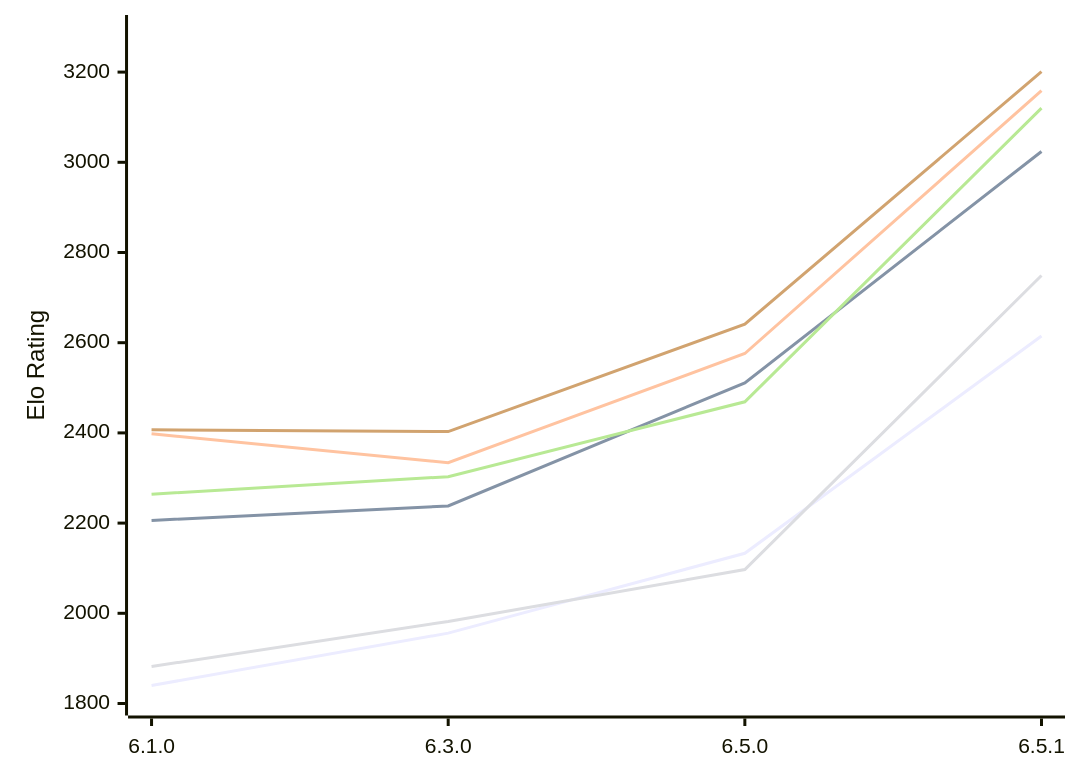
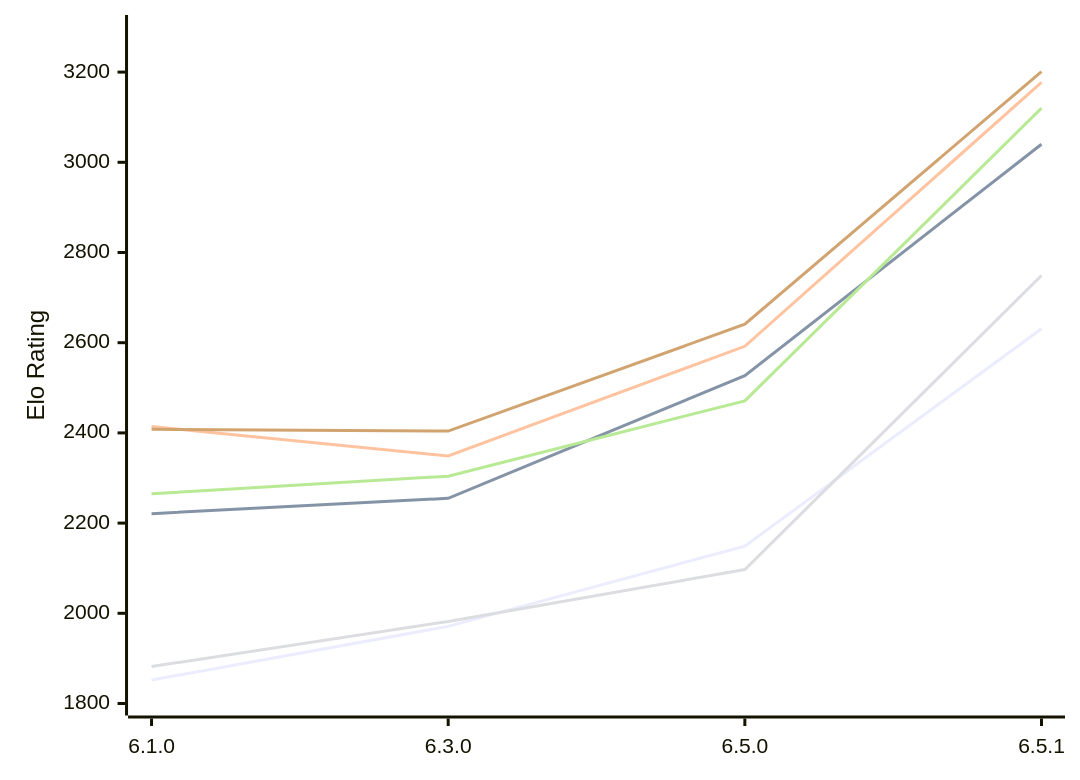
Before and after one commit to computer-chess-index/cci: the diagram in engines/Luminex.md, drawn with Mermaid. The commit also changed other lines of this file, not shown here.

Commit message:
Update CCI Ratings (ELO VLTC) - 2026-11-11

````diff
--- a/engines/Luminex.md
+++ b/engines/Luminex.md
@@ -53,12 +53,12 @@
 ```mermaid
 %%{init: {"theme":"base","themeVariables":{"seriesColors:['#a3a3a3','#222221','#faa371']}}}%%
 xychart-beta
   x-axis ["6.1.0", "6.3.0", "6.5.0", "6.5.1"]
   y-axis "Elo Rating" 1800 --> 3300
-  line "E1: STC (8.0+0.08s)" [1840, 1956, 2133, 2615]
-  line "E1: LTC (60.0+0.60s)" [2206, 2238, 2511, 3024]
-  line "E1: VLTC (2m24s+1.12s)" [2398, 2334, 2576, 3159]
+  line "E1: STC (8.0+0.08s)" [1852, 1971, 2149, 2631]
+  line "E1: LTC (60.0+0.60s)" [2221, 2255, 2527, 3040]
+  line "E1: VLTC (2m24s+1.12s)" [2414, 2349, 2592, 3177]
   line "P1: STC (8.0+0.08s)" [1882, 1982, 2097, 2749]
-  line "P1: LTC (60.0+0.60s)" [2264, 2303, 2469, 3120]
-  line "P1: VLTC (2m24s+1.12s)" [2407, 2403, 2641, 3201]
+  line "P1: LTC (60.0+0.60s)" [2265, 2304, 2471, 3120]
+  line "P1: VLTC (2m24s+1.12s)" [2408, 2404, 2641, 3201]
 ```
````
